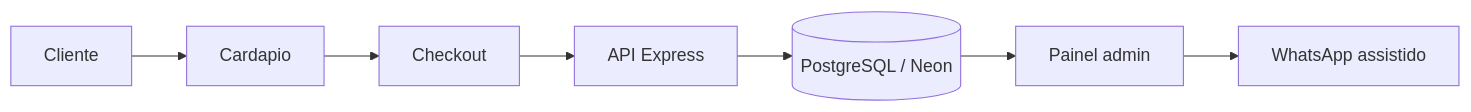
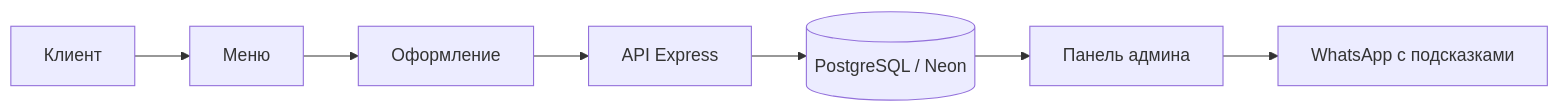
One commit to tuleuov-amandos/mesaflow-menu changed the diagram in README.md. Above: the diagram before and after it, drawn with Mermaid. The commit also changed other lines of this file and 18 other files, not shown here.

````diff
--- a/README.md
+++ b/README.md
@@ -74,9 +74,9 @@
 ```mermaid
 flowchart LR
-  A[Cliente] --> B[Cardapio]
-  B --> C[Checkout]
+  A[Клиент] --> B[Меню]
+  B --> C[Оформление]
   C --> D[API Express]
   D --> E[(PostgreSQL / Neon)]
-  E --> F[Painel admin]
-  F --> G[WhatsApp assistido]
+  E --> F[Панель админа]
+  F --> G[WhatsApp с подсказками]
 ```
````
